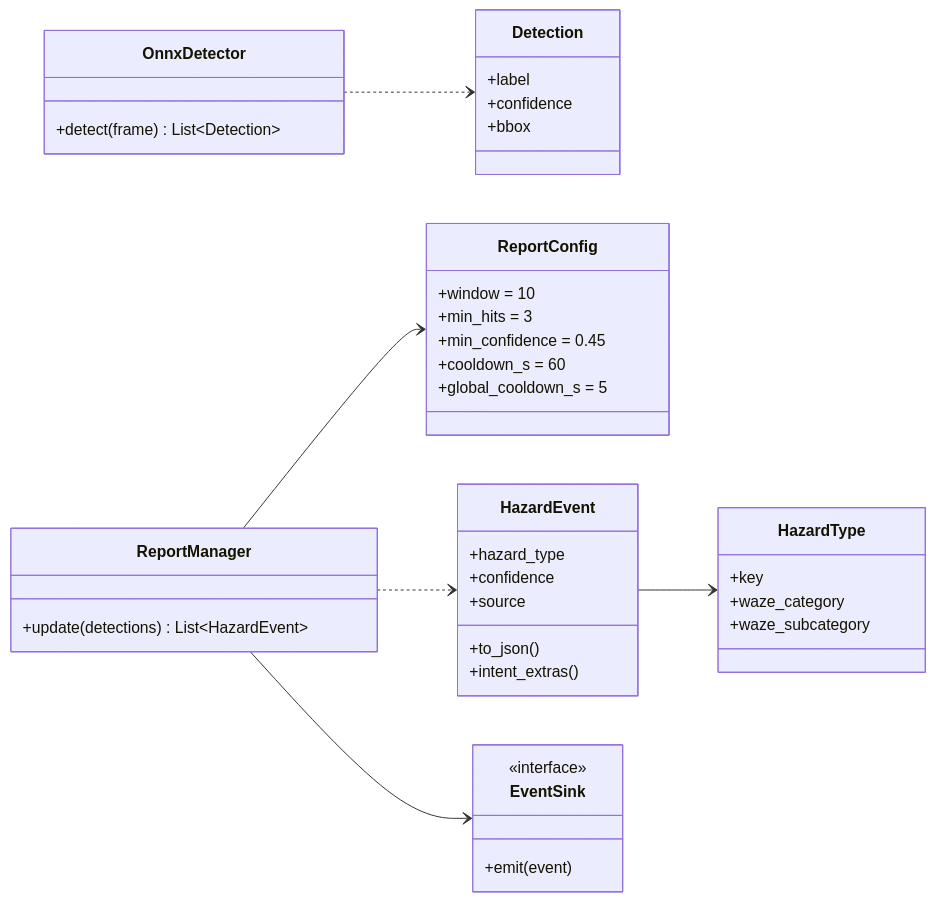
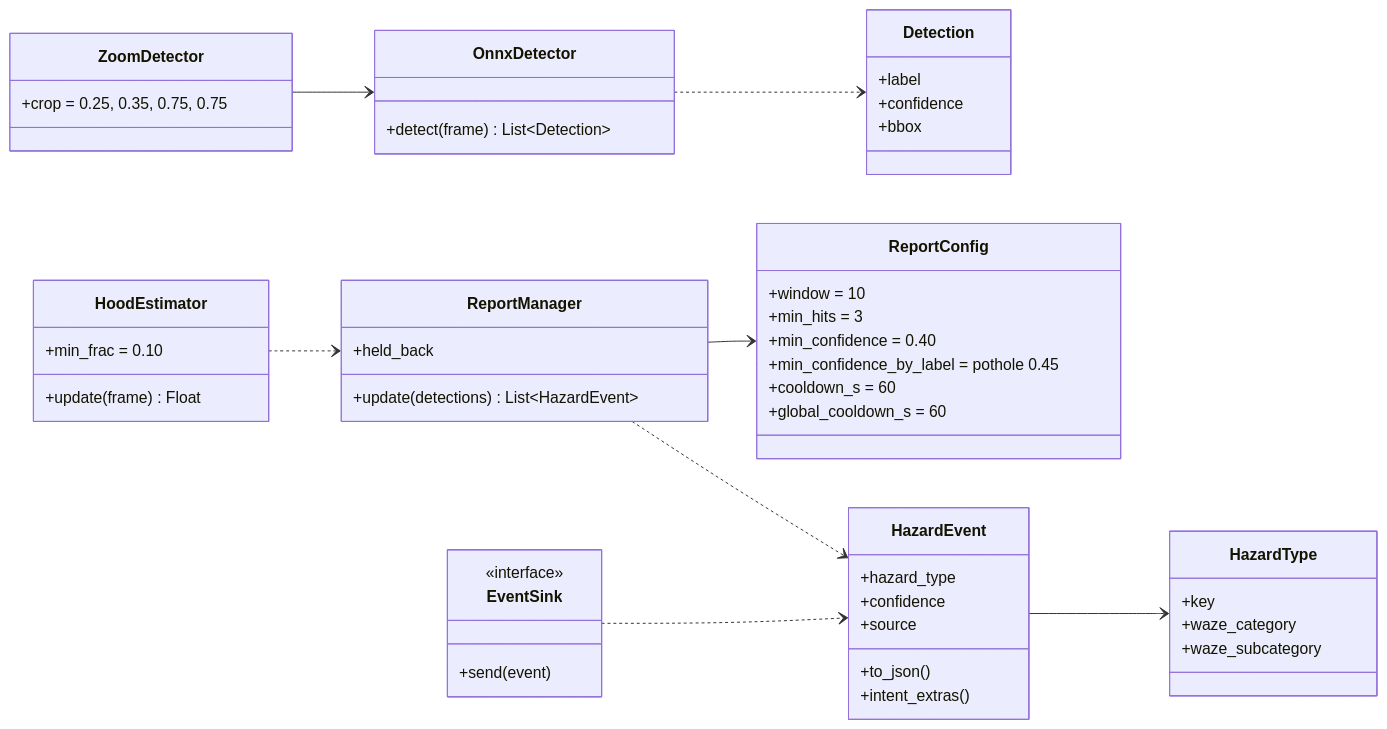
The second of 2 diagrams in docs/architecture.md (blakepennel/wazeomatic), drawn with Mermaid before and after one commit. The commit also changed other lines of this file and 22 other files, not shown here.

````diff
--- a/docs/architecture.md
+++ b/docs/architecture.md
@@ -61,43 +90,54 @@
 ```mermaid
 classDiagram
     direction LR
     class OnnxDetector {
         +detect(frame) List~Detection~
+    }
+    class ZoomDetector {
+        +crop = 0.25, 0.35, 0.75, 0.75
+    }
+    class HoodEstimator {
+        +min_frac = 0.10
+        +update(frame) Float
     }
     class Detection {
         +label
         +confidence
         +bbox
     }
     class ReportManager {
+        +held_back
         +update(detections) List~HazardEvent~
     }
     class ReportConfig {
         +window = 10
         +min_hits = 3
-        +min_confidence = 0.45
+        +min_confidence = 0.40
+        +min_confidence_by_label = pothole 0.45
         +cooldown_s = 60
-        +global_cooldown_s = 5
+        +global_cooldown_s = 60
     }
     class HazardEvent {
         +hazard_type
         +confidence
         +source
         +to_json()
         +intent_extras()
     }
     class HazardType {
         +key
         +waze_category
         +waze_subcategory
     }
     class EventSink {
         <<interface>>
-        +emit(event)
+        +send(event)
     }
+    ZoomDetector --> OnnxDetector
     OnnxDetector ..> Detection
+    HoodEstimator ..> ReportManager
     ReportManager --> ReportConfig
     ReportManager ..> HazardEvent
     HazardEvent --> HazardType
-    ReportManager --> EventSink
+    EventSink ..> HazardEvent
 ```
````
